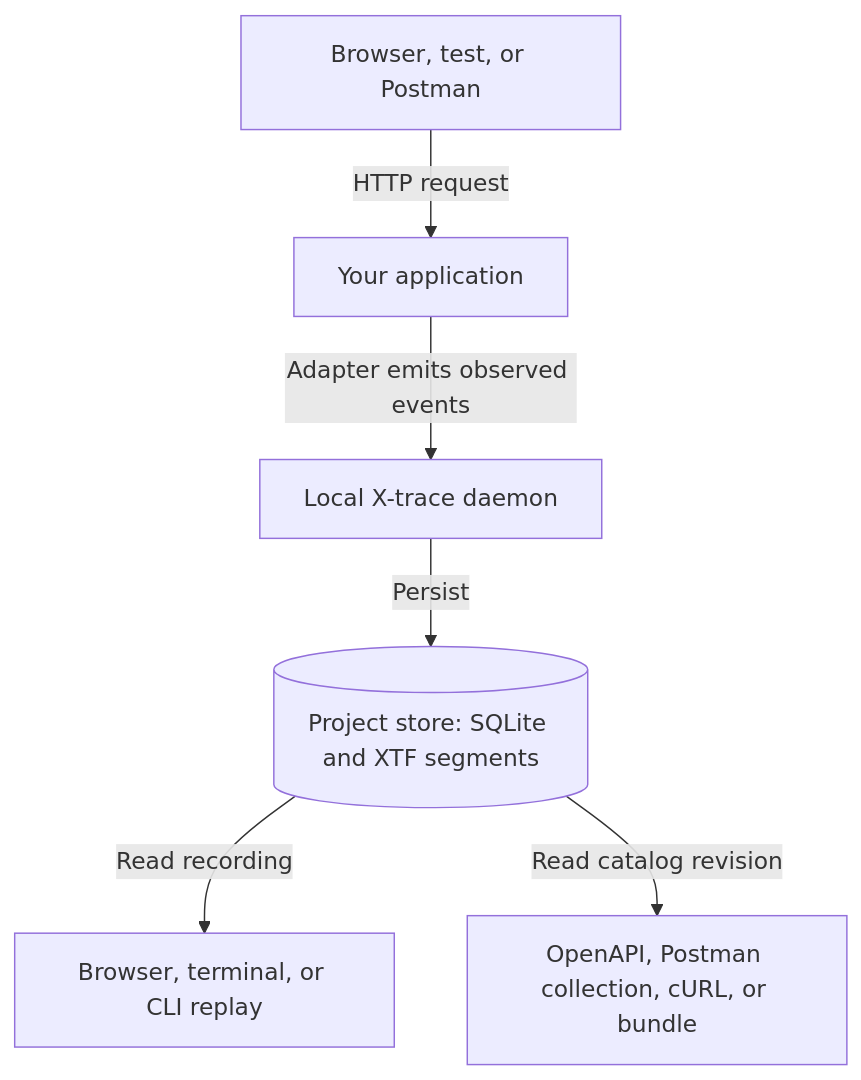
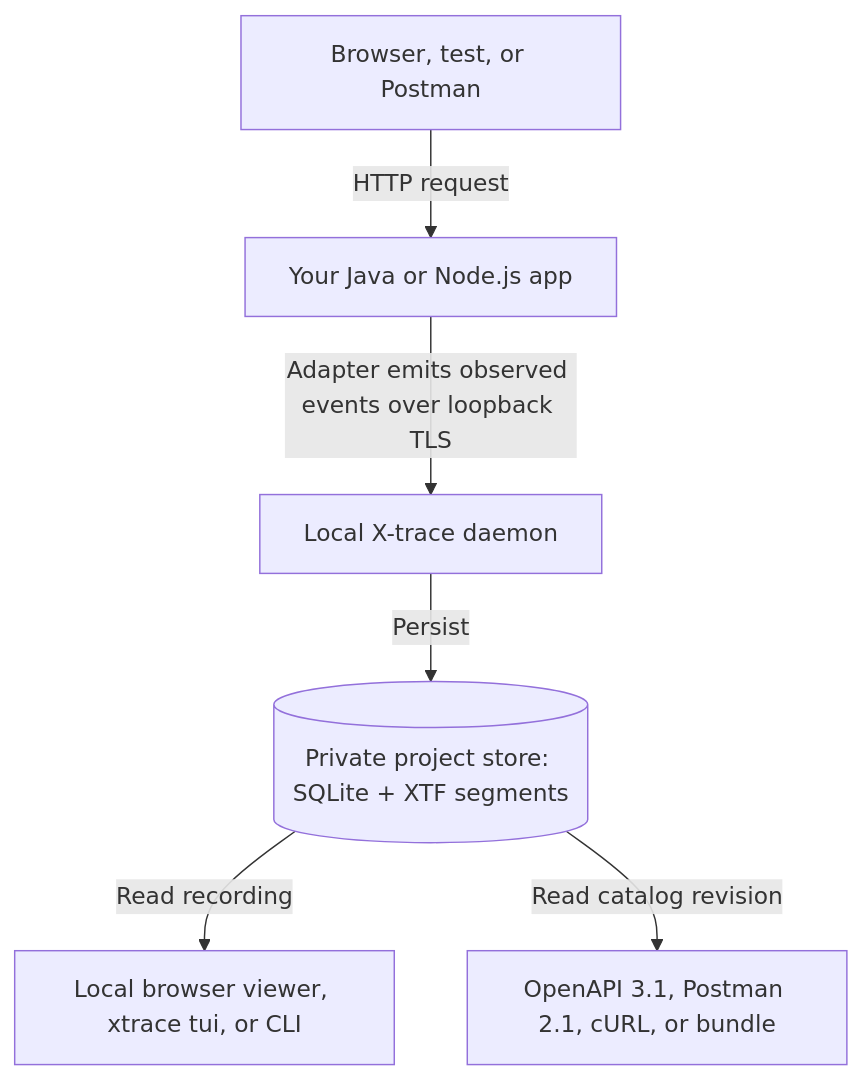
The second of 2 diagrams in README.md (Legend101Zz/X-trace), drawn with Mermaid before and after one commit. The commit also changed other lines of this file and 5 other files, not shown here.

````diff
--- a/README.md
+++ b/README.md
@@ -50,8 +70,8 @@
 ```mermaid
 flowchart TD
-    Client["Browser, test, or Postman"] -->|HTTP request| App["Your application"]
-    App -->|Adapter emits observed events| Daemon["Local X-trace daemon"]
-    Daemon -->|Persist| Store[("Project store: SQLite and XTF segments")]
-    Store -->|Read recording| Views["Browser, terminal, or CLI replay"]
-    Store -->|Read catalog revision| Export["OpenAPI, Postman collection, cURL, or bundle"]
+    Client["Browser, test, or Postman"] -->|HTTP request| App["Your Java or Node.js app"]
+    App -->|Adapter emits observed events over loopback TLS| Daemon["Local X-trace daemon"]
+    Daemon -->|Persist| Store[("Private project store: SQLite + XTF segments")]
+    Store -->|Read recording| Views["Local browser viewer, xtrace tui, or CLI"]
+    Store -->|Read catalog revision| Export["OpenAPI 3.1, Postman 2.1, cURL, or bundle"]
 ```
````
